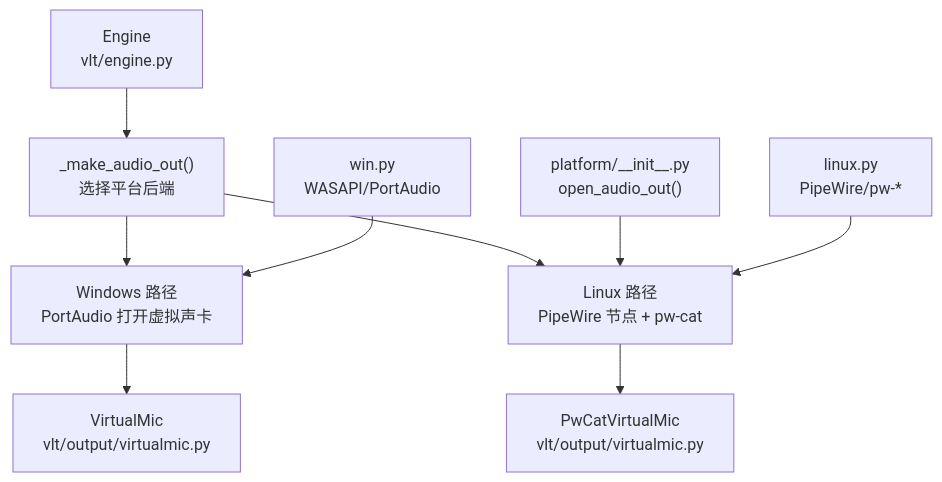
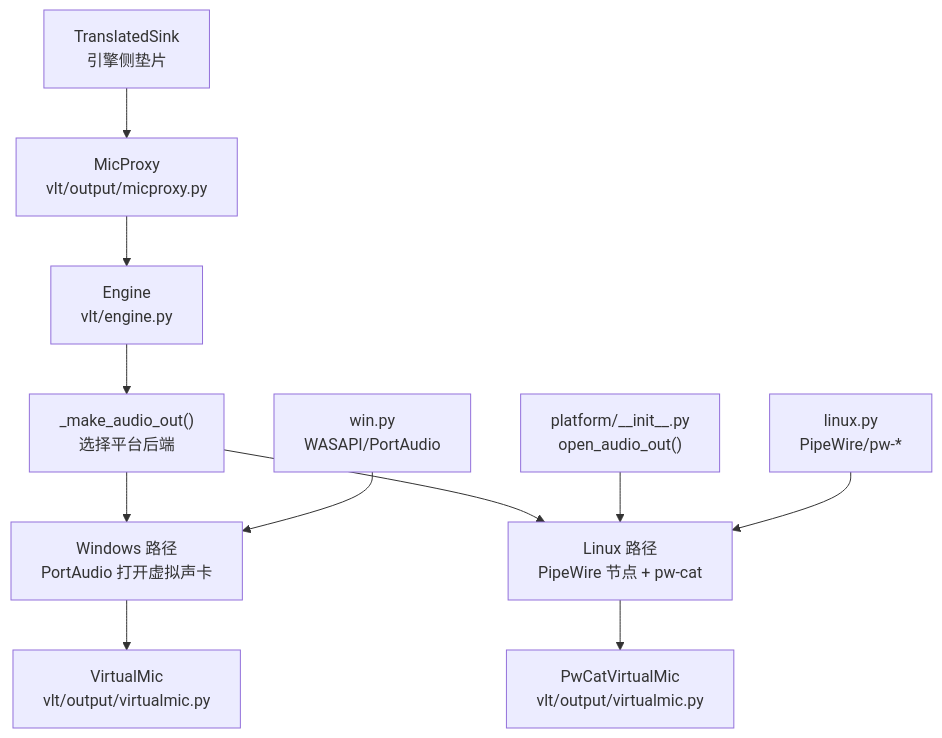
One commit to EMeowAGENT/vrchat-livetranslate changed the first of 11 diagrams in .qoder/repowiki/zh/content/输出分发系统/虚拟麦克风.md. Above: the diagram before and after it, drawn with Mermaid. The commit also changed other lines of this file and 75 other files, not shown here.

````diff
--- a/.qoder/repowiki/zh/content/输出分发系统/虚拟麦克风.md
+++ b/.qoder/repowiki/zh/content/输出分发系统/虚拟麦克风.md
@@ -48,11 +67,13 @@
 ```mermaid
 graph TB
 Engine["Engine<br/>vlt/engine.py"] --> AudioOut["_make_audio_out()<br/>选择平台后端"]
 AudioOut --> WinPath["Windows 路径<br/>PortAudio 打开虚拟声卡"]
 AudioOut --> LinPath["Linux 路径<br/>PipeWire 节点 + pw-cat"]
 WinPath --> VM["VirtualMic<br/>vlt/output/virtualmic.py"]
 LinPath --> PwCat["PwCatVirtualMic<br/>vlt/output/virtualmic.py"]
 Platform["platform/__init__.py<br/>open_audio_out()"] --> LinPath
 WinAPI["win.py<br/>WASAPI/PortAudio"] --> WinPath
 LinAPI["linux.py<br/>PipeWire/pw-*"] --> LinPath
+MicProxy["MicProxy<br/>vlt/output/micproxy.py"] --> Engine
+TranslatedSink["TranslatedSink<br/>引擎侧垫片"] --> MicProxy
 ```
````
